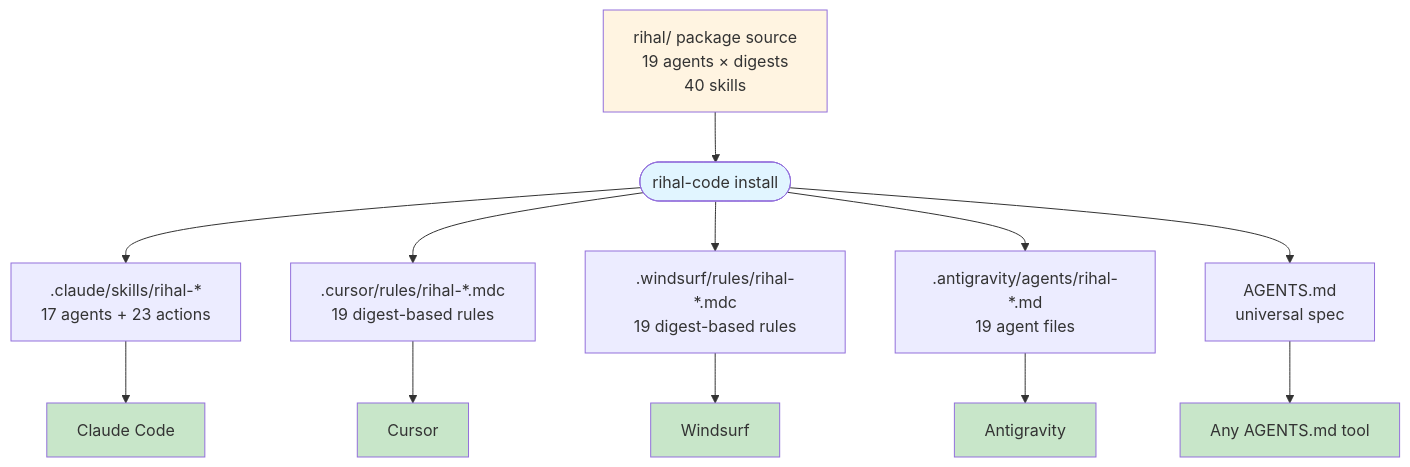
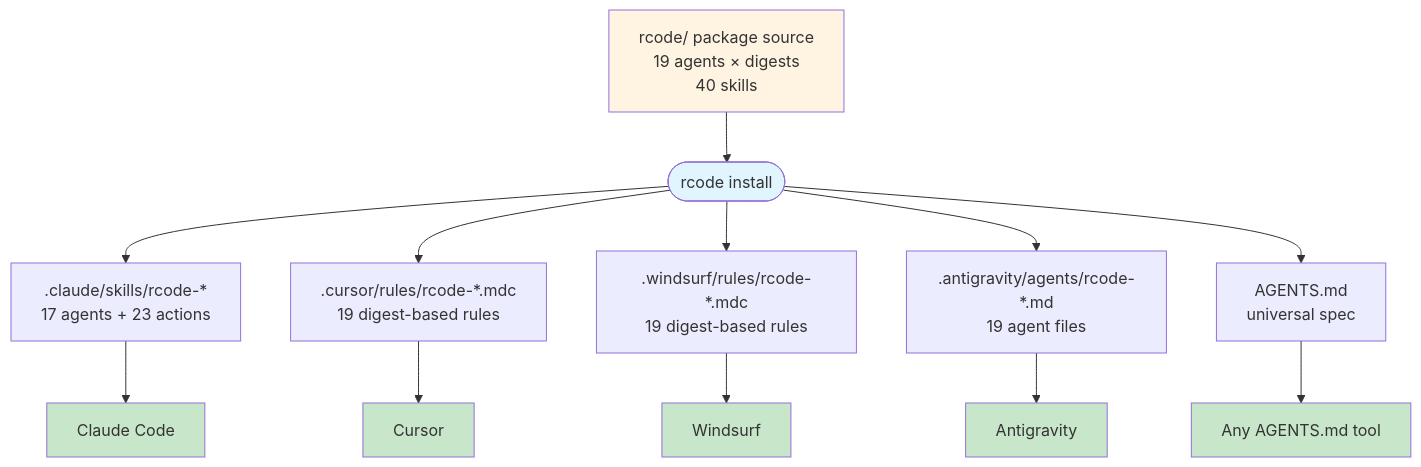
Before and after one commit to hanzlahabib/rcode: the fifth of 5 diagrams in docs/METHODOLOGY.md, drawn with Mermaid. The commit also changed other lines of this file and 2173 other files, not shown here.

First line of the commit message:
refactor!: rename rihal → rcode across entire codebase — v4.0 prep

````diff
--- a/docs/METHODOLOGY.md
+++ b/docs/METHODOLOGY.md
@@ -284,23 +284,23 @@
 ```mermaid
 graph TD
-    Source[rihal/ package source<br/>19 agents × digests<br/>40 skills] --> Install([rihal-code install])
-    Install --> C[.claude/skills/rihal-*<br/>17 agents + 23 actions]
-    Install --> Cu[.cursor/rules/rihal-*.mdc<br/>19 digest-based rules]
-    Install --> W[.windsurf/rules/rihal-*.mdc<br/>19 digest-based rules]
-    Install --> AG[.antigravity/agents/rihal-*.md<br/>19 agent files]
+    Source[rcode/ package source<br/>19 agents × digests<br/>40 skills] --> Install([rcode install])
+    Install --> C[.claude/skills/rcode-*<br/>17 agents + 23 actions]
+    Install --> Cu[.cursor/rules/rcode-*.mdc<br/>19 digest-based rules]
+    Install --> W[.windsurf/rules/rcode-*.mdc<br/>19 digest-based rules]
+    Install --> AG[.antigravity/agents/rcode-*.md<br/>19 agent files]
     Install --> U[AGENTS.md<br/>universal spec]
 
     C --> CC[Claude Code]
     Cu --> Cur[Cursor]
     W --> Win[Windsurf]
     AG --> Ant[Antigravity]
     U --> Any[Any AGENTS.md tool]
 
     style Source fill:#fff4e1
     style Install fill:#e1f5ff
     style CC fill:#c8e6c9
     style Cur fill:#c8e6c9
     style Win fill:#c8e6c9
     style Ant fill:#c8e6c9
     style Any fill:#c8e6c9
 ```
````
